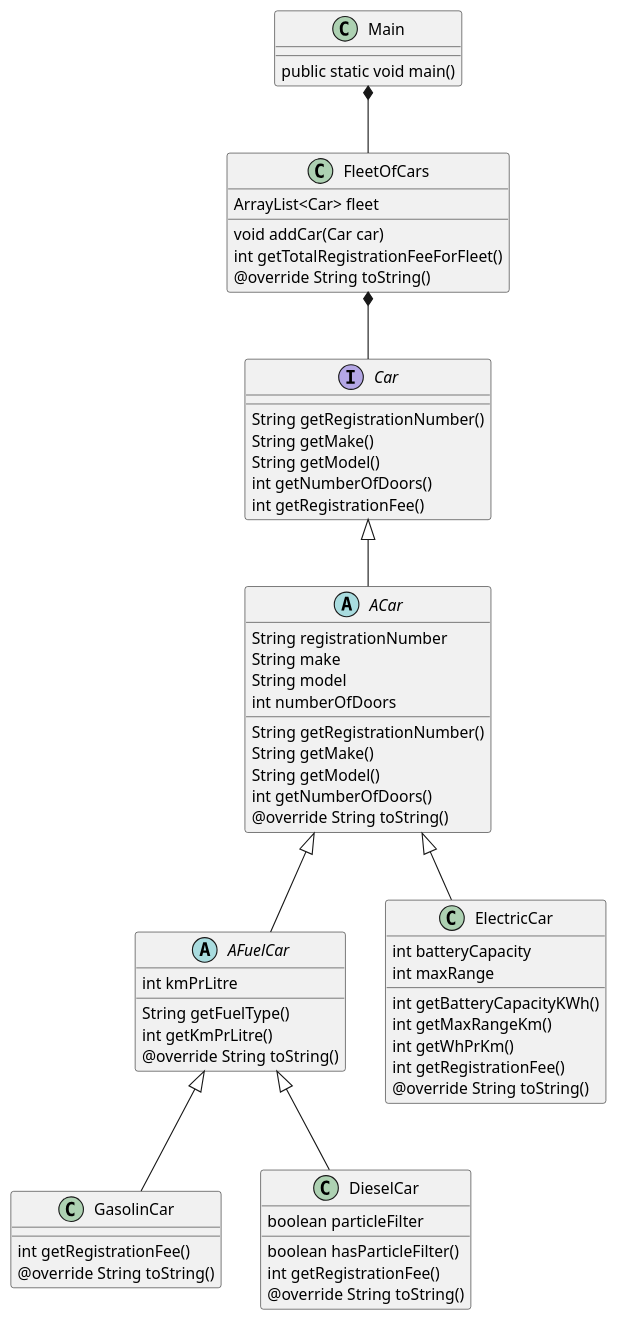
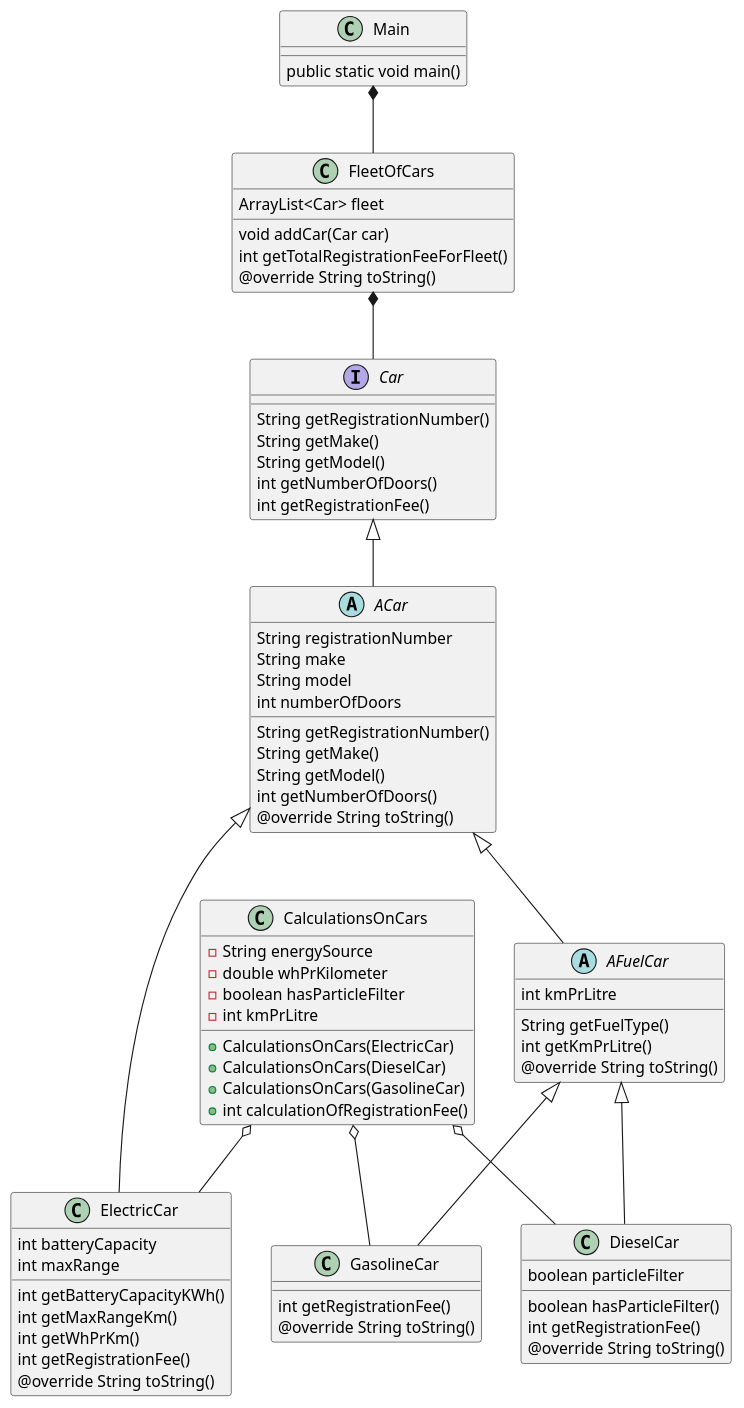
Before and after one commit to TRossen89/SP2: the diagram in doc/classdiagram.puml, drawn with PlantUML. The commit also changed 3 other files, not shown here.

Commit message:
Comments AND changed the classdiagram.puml

```diff
--- a/doc/classdiagram.puml
+++ b/doc/classdiagram.puml
@@ -1,54 +1,79 @@
 @startuml
 'https://plantuml.com/class-diagram
 interface Car
 abstract ACar
 abstract AFuelCar
-class GasolinCar
+class GasolineCar
 class DieselCar
 class ElectricCar
 class FleetOfCars
 class Main
+
+class CalculationsOnCars
+
+CalculationsOnCars o-- ElectricCar
+CalculationsOnCars o-- DieselCar
+CalculationsOnCars o-- GasolineCar
+
+CalculationsOnCars : - String energySource
+CalculationsOnCars : - double whPrKilometer
+CalculationsOnCars : - boolean hasParticleFilter
+CalculationsOnCars : - int kmPrLitre
+
+
+
+CalculationsOnCars : + CalculationsOnCars(ElectricCar)
+CalculationsOnCars : + CalculationsOnCars(DieselCar)
+CalculationsOnCars : + CalculationsOnCars(GasolineCar)
+
+CalculationsOnCars : + int calculationOfRegistrationFee()
+
+
+
 Main *-- FleetOfCars
 Main : public static void main()
 FleetOfCars *-- Car
 Car <|-- ACar
 ACar <|-- AFuelCar
-AFuelCar <|-- GasolinCar
+AFuelCar <|-- GasolineCar
 AFuelCar <|-- DieselCar
 ACar <|-- ElectricCar
 Car : String getRegistrationNumber()
 Car : String getMake()
 Car : String getModel()
 Car : int getNumberOfDoors()
 Car : int getRegistrationFee()
 ACar : String registrationNumber
 ACar : String make
 ACar : String model
 ACar : String getRegistrationNumber()
 ACar : String getMake()
 ACar : String getModel()
 ACar : int getNumberOfDoors()
 ACar : int numberOfDoors
 ACar : @override String toString()
 AFuelCar : int kmPrLitre
 AFuelCar : String getFuelType()
 AFuelCar : int getKmPrLitre()
 AFuelCar : @override String toString()
 DieselCar : boolean particleFilter
 DieselCar : boolean hasParticleFilter()
 DieselCar : int getRegistrationFee()
 DieselCar : @override String toString()
 ElectricCar : int batteryCapacity
 ElectricCar : int maxRange
 ElectricCar : int getBatteryCapacityKWh()
 ElectricCar : int getMaxRangeKm()
 ElectricCar : int getWhPrKm()
 ElectricCar : int getRegistrationFee()
 ElectricCar : @override String toString()
 FleetOfCars : ArrayList<Car> fleet
 FleetOfCars : void addCar(Car car)
 FleetOfCars : int getTotalRegistrationFeeForFleet()
 FleetOfCars : @override String toString()
-GasolinCar : int getRegistrationFee()
-GasolinCar : @override String toString()
+GasolineCar : int getRegistrationFee()
+GasolineCar : @override String toString()
+
+
+
 @enduml
```
